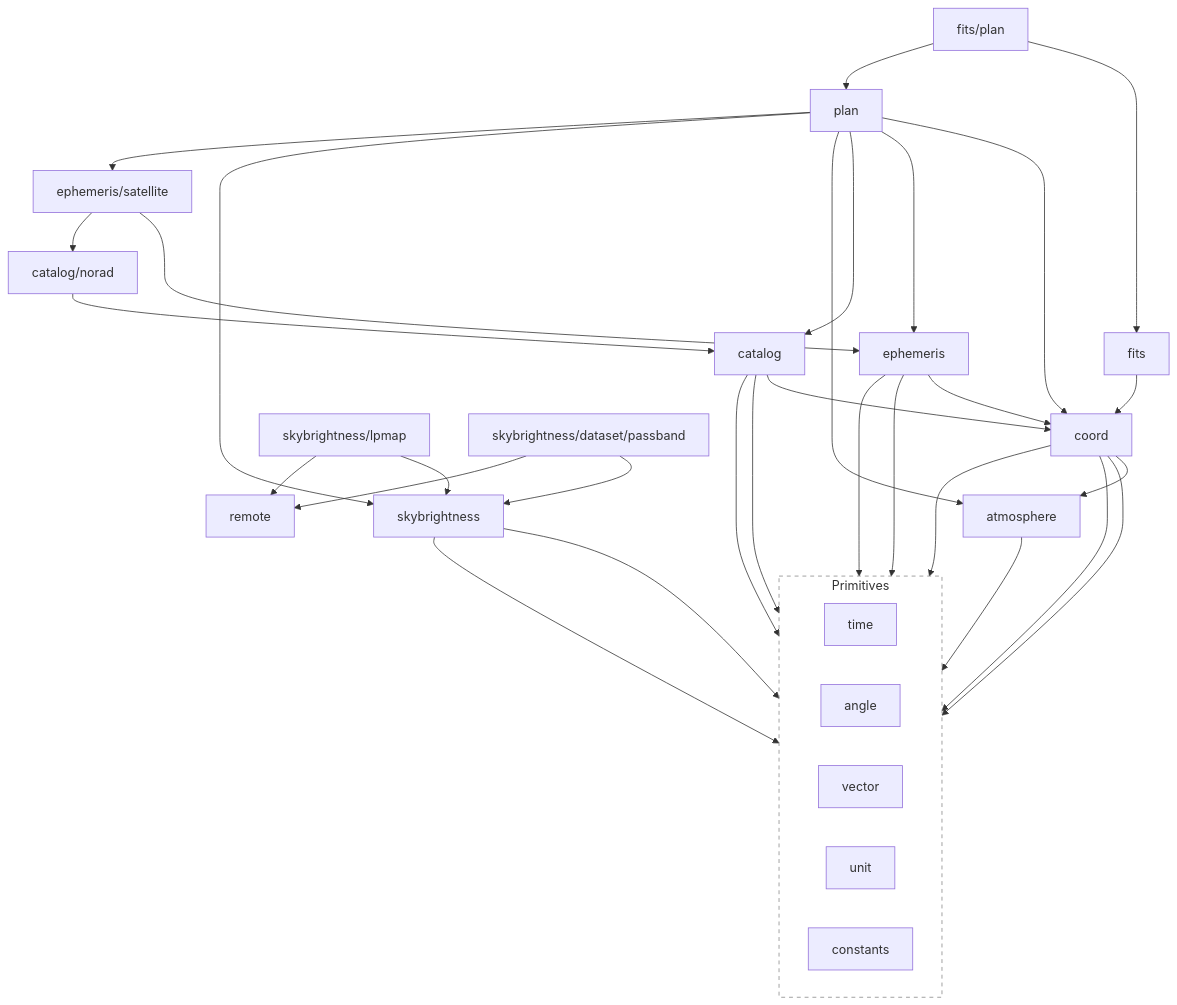
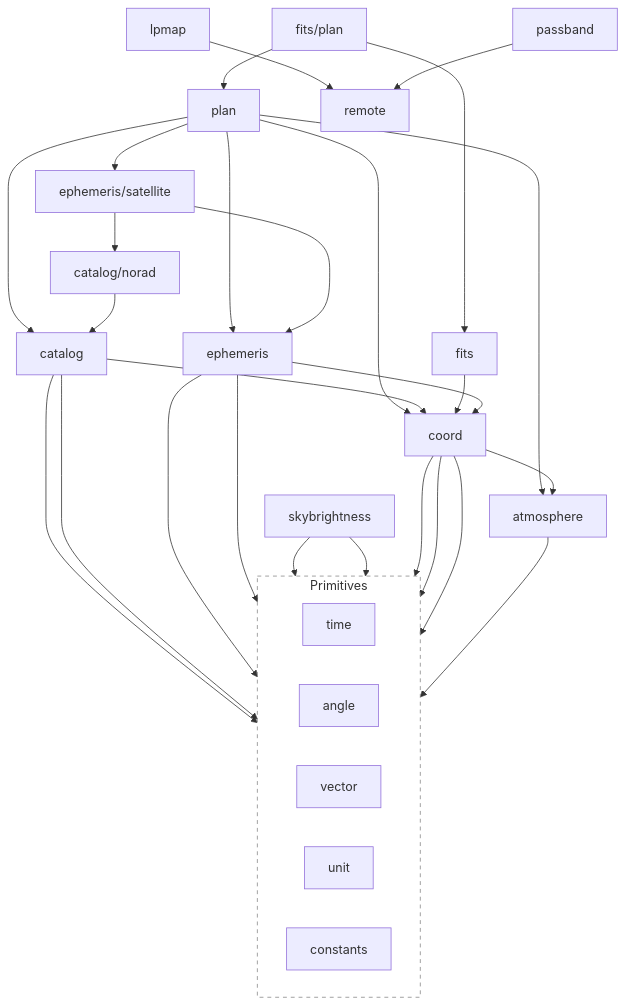
Before and after one commit to TuSKan/astrogo: the diagram in README.md, drawn with Mermaid. The commit also changed other lines of this file and 12 other files, not shown here.

````diff
--- a/README.md
+++ b/README.md
@@ -549,68 +544,63 @@
 ```mermaid
 flowchart TD
     %% High-level Orchestration
     plan[plan]
     catalog[catalog]
     fitsplan["fits/plan"]
 
     %% Scientific Engines
     ephemeris[ephemeris]
     coord[coord]
     atmosphere[atmosphere]
     fits[fits]
     skybrightness[skybrightness]
 
     %% Data Providers
-    lpmap["skybrightness/lpmap"]
-    passband["skybrightness/dataset/passband"]
 
     %% Primitive Foundation
     subgraph Primitives
         direction LR
         time[time]
         angle[angle]
         vector[vector]
         unit[unit]
         constants[constants]
     end
 
     %% Dependency mappings (Top-Down: A imports B)
     plan --> coord
     plan --> ephemeris
     plan --> catalog
     plan --> atmosphere
-    plan --> skybrightness
 
     fitsplan --> fits
     fitsplan --> plan
 
     catalog --> coord
     catalog --> time
     catalog --> angle
 
     fits --> coord
 
     ephemeris --> time
     ephemeris --> vector
     ephemeris --> coord
     satellite["ephemeris/satellite"] --> ephemeris
     satellite --> norad
     norad["catalog/norad"] --> catalog
     plan --> satellite
 
     skybrightness --> angle
     skybrightness --> unit
-    lpmap --> skybrightness
     lpmap --> remote
-    passband --> skybrightness
     passband --> remote
 
     coord --> atmosphere
     coord --> time
     coord --> vector
     coord --> angle
 
     atmosphere --> angle
 
     style Primitives fill:transparent,stroke:#888,stroke-dasharray: 5 5
 ```
````
